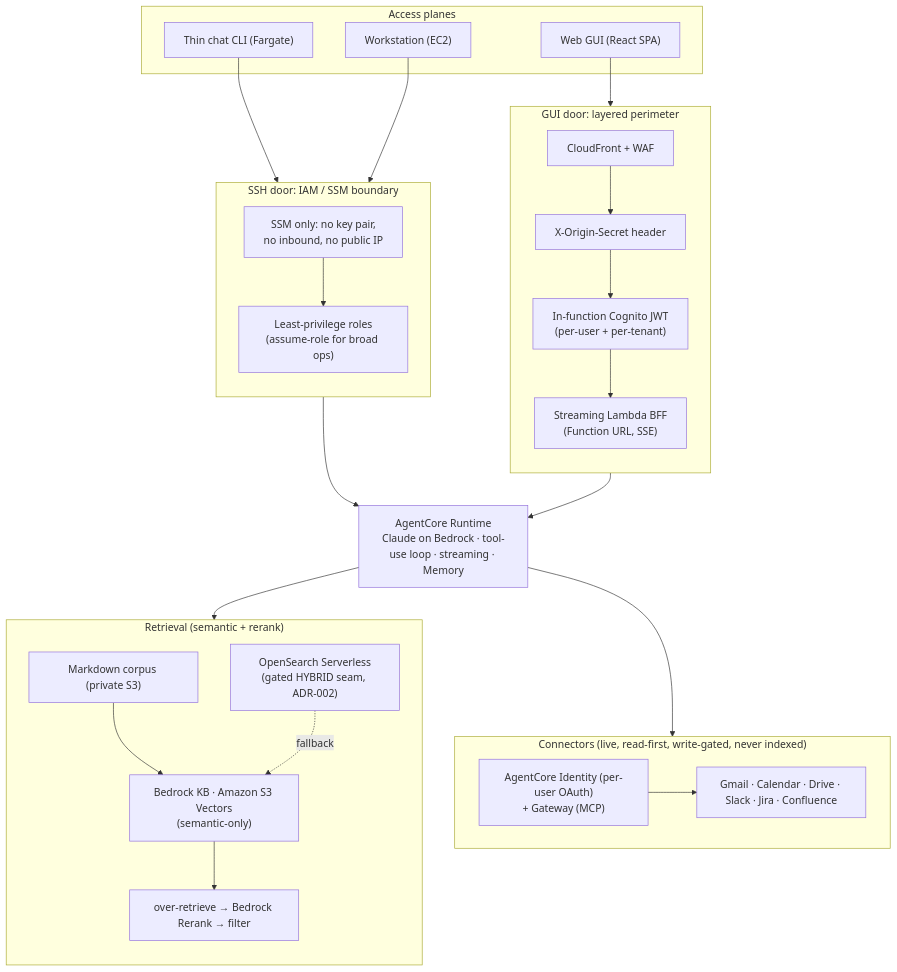
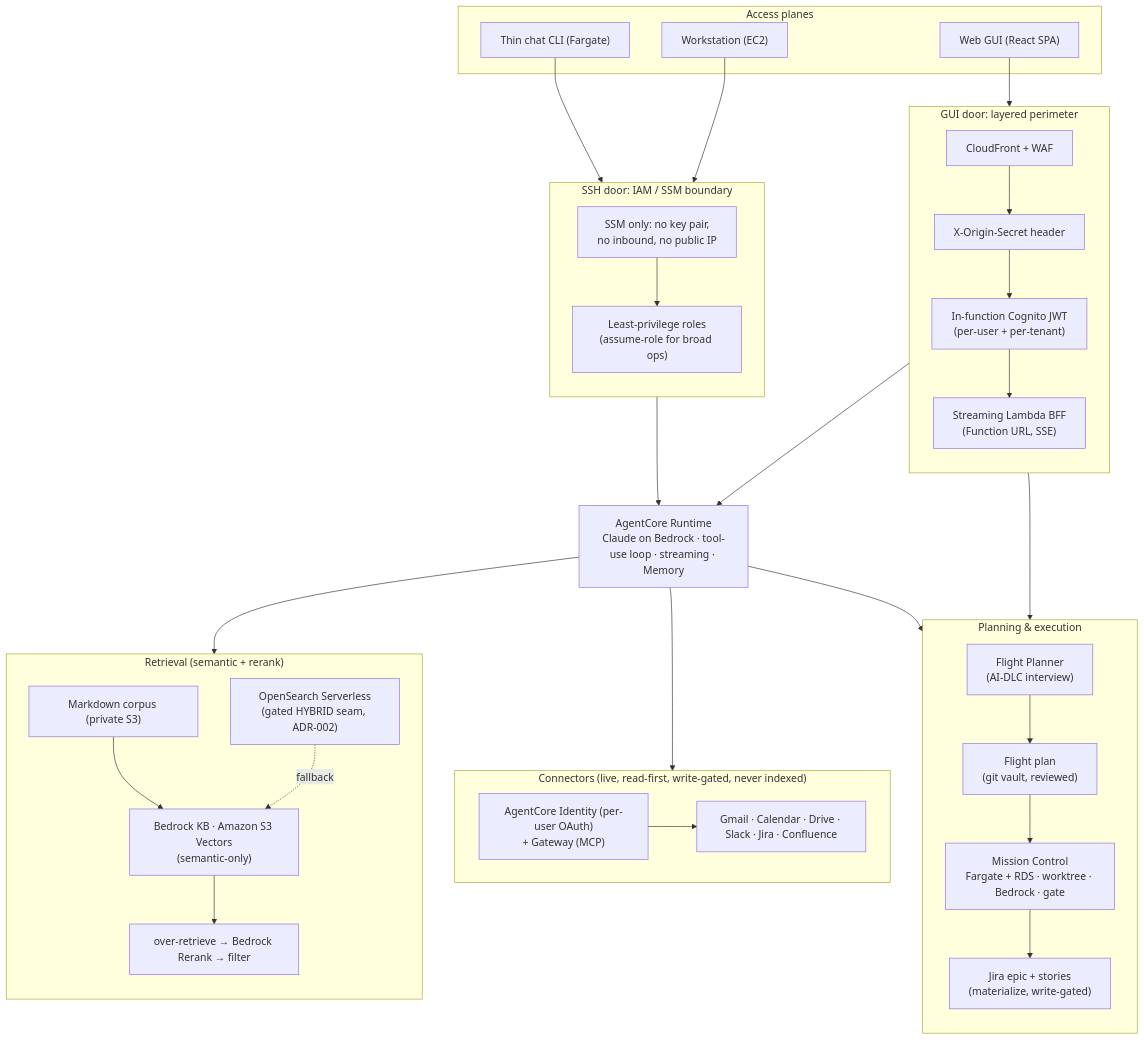
One commit to ryfranklin/Homebase changed the diagram in README.md. Above: the diagram before and after it, drawn with Mermaid. The commit also changed other lines of this file and 2 other files, not shown here.

First line of the commit message:
docs: reflect Mission Control + the planning-to-execution loop

````diff
--- a/README.md
+++ b/README.md
@@ -34,38 +42,46 @@
 ```mermaid
 flowchart TB
     subgraph doors["Access planes"]
         SPA["Web GUI (React SPA)"]
         CLI["Thin chat CLI (Fargate)"]
         WS["Workstation (EC2)"]
     end
 
     subgraph guiperim["GUI door: layered perimeter"]
         direction TB
         CF["CloudFront + WAF"] --> SEC["X-Origin-Secret header"] --> JWT["In-function Cognito JWT<br/>(per-user + per-tenant)"] --> BFF["Streaming Lambda BFF<br/>(Function URL, SSE)"]
     end
 
     subgraph sshperim["SSH door: IAM / SSM boundary"]
         direction TB
         SSM["SSM only: no key pair,<br/>no inbound, no public IP"] --> ROLES["Least-privilege roles<br/>(assume-role for broad ops)"]
     end
 
     CORE["AgentCore Runtime<br/>Claude on Bedrock · tool-use loop · streaming · Memory"]
 
     subgraph retrieval["Retrieval (semantic + rerank)"]
         direction TB
         S3["Markdown corpus (private S3)"] --> KB["Bedrock KB · Amazon S3 Vectors<br/>(semantic-only)"] --> RR["over-retrieve → Bedrock Rerank → filter"]
         OSS["OpenSearch Serverless<br/>(gated HYBRID seam, ADR-002)"] -. fallback .-> KB
     end
 
     subgraph conn["Connectors (live, read-first, write-gated, never indexed)"]
         GW["AgentCore Identity (per-user OAuth)<br/>+ Gateway (MCP)"] --> SIX["Gmail · Calendar · Drive · Slack · Jira · Confluence"]
     end
 
+    subgraph exec["Planning &amp; execution"]
+        direction TB
+        FP["Flight Planner<br/>(AI-DLC interview)"] --> PLAN["Flight plan<br/>(git vault, reviewed)"] --> MC["Mission Control<br/>Fargate + RDS · worktree · Bedrock · gate"]
+        MC --> JIRA["Jira epic + stories<br/>(materialize, write-gated)"]
+    end
+
     SPA --> CF
     CLI --> SSM
     WS --> SSM
     BFF --> CORE
     ROLES --> CORE
     CORE --> retrieval
     CORE --> conn
+    CORE --> FP
+    BFF --> MC
 ```
````
